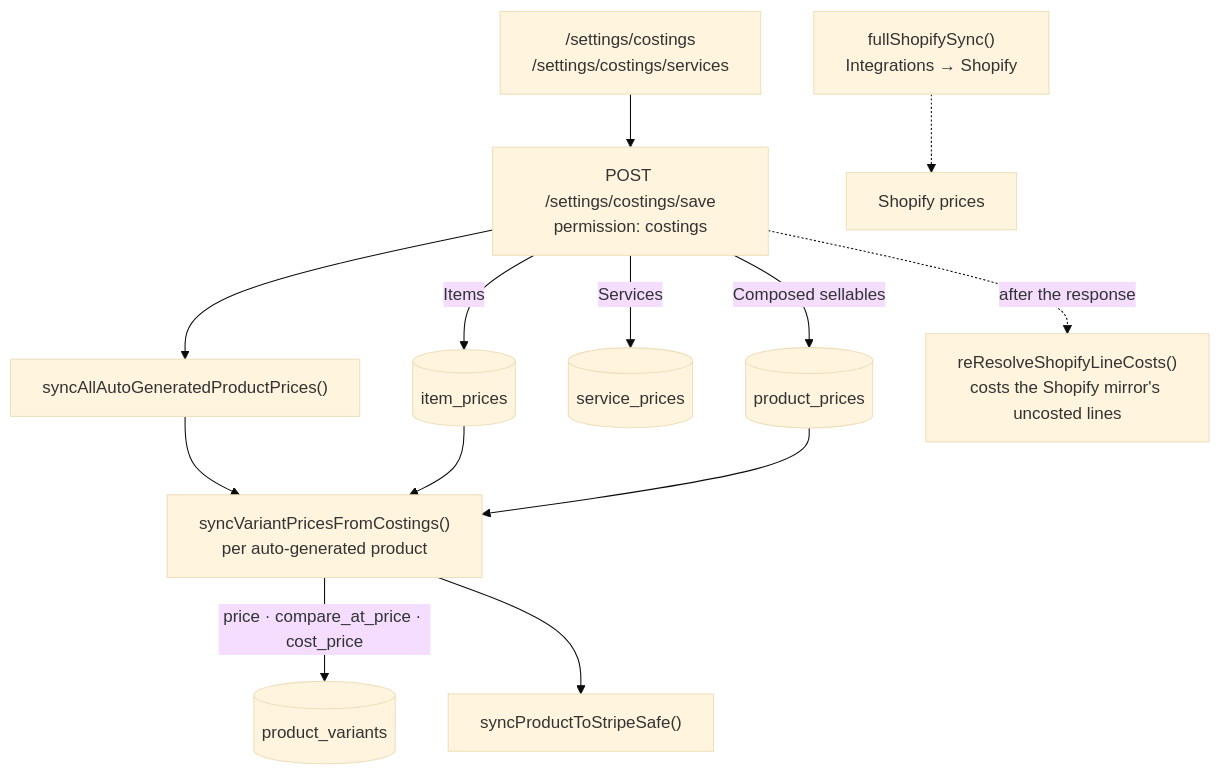
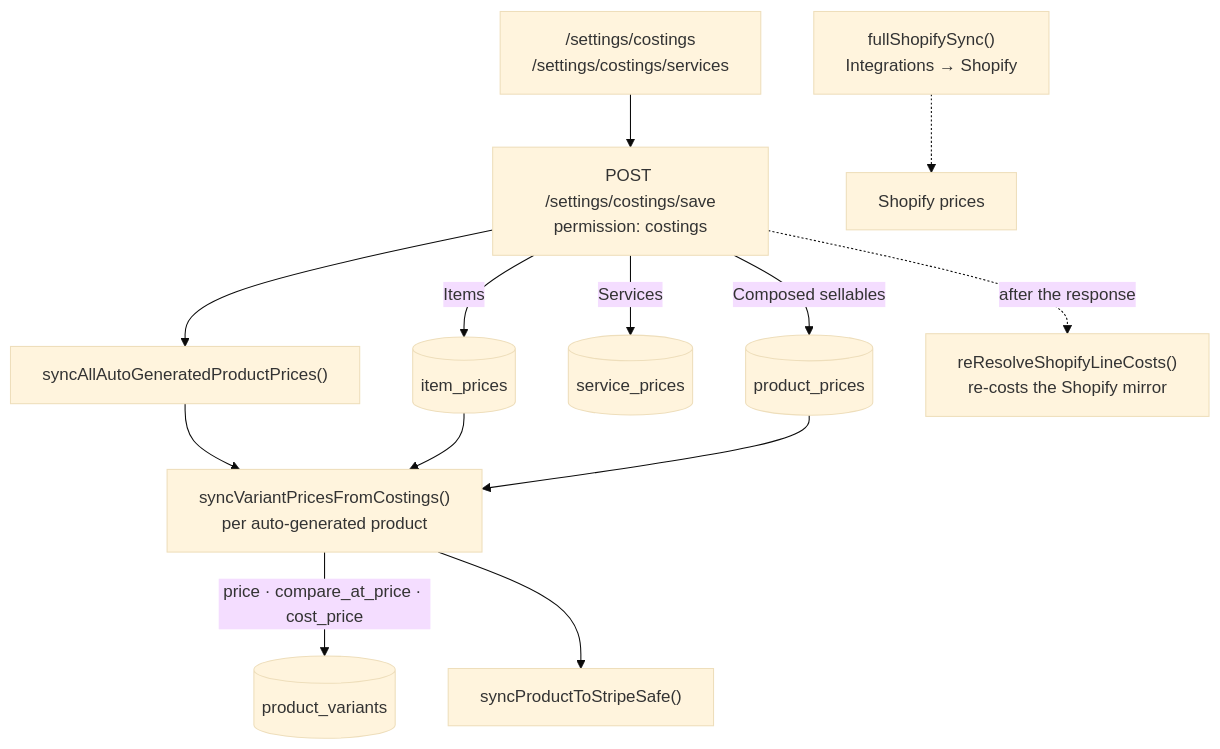
Before and after one commit to ivanyeors/mp: the second of 2 diagrams in docs/data-flows/settings.md, drawn with Mermaid (base theme). The commit also changed 17 other files, not shown here.

First line of the commit message:
Remove the Shopify work: the mirror is read as stored

````diff
--- a/docs/data-flows/settings.md
+++ b/docs/data-flows/settings.md
@@ -56,15 +56,15 @@
 ```mermaid
 flowchart TD
   ui["/settings/costings<br/>/settings/costings/services"] --> save["POST /settings/costings/save<br/>permission: costings"]
   save -->|"Items"| ip[(item_prices)]
   save -->|"Composed sellables"| pp[(product_prices)]
   save -->|"Services"| sp[(service_prices)]
   save --> sync["syncAllAutoGeneratedProductPrices()"]
   sync --> svp["syncVariantPricesFromCostings()<br/>per auto-generated product"]
   ip --> svp
   pp --> svp
   svp -->|"price · compare_at_price · cost_price"| pv[(product_variants)]
   svp --> stripe["syncProductToStripeSafe()"]
-  save -.->|"after the response"| rr["reResolveShopifyLineCosts()<br/>costs the Shopify mirror's uncosted lines"]
+  save -.->|"after the response"| rr["reResolveShopifyLineCosts()<br/>re-costs the Shopify mirror"]
   fullsync["fullShopifySync()<br/>Integrations → Shopify"] -.-> shp["Shopify prices"]
 ```
````
